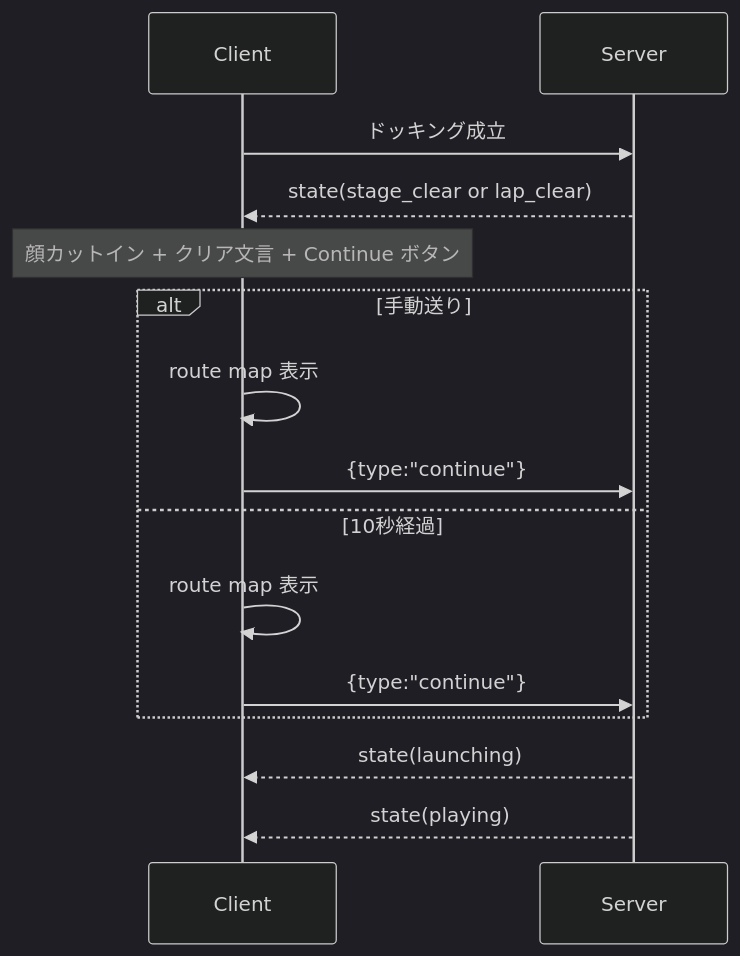
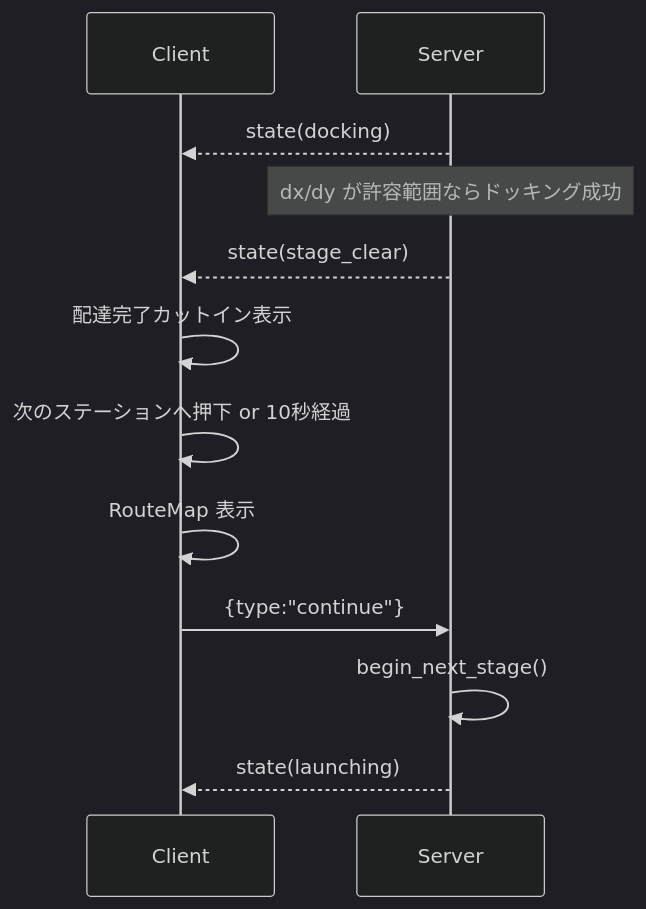
Before and after one commit to ssnshino/rust-sandbox: the second of 4 diagrams in docs/truckers.md, drawn with Mermaid (dark theme). The commit also changed other lines of this file and 7 other files, not shown here.

Commit message:
feat(truckers): add delivery economy and lap flow docs

````diff
--- a/docs/truckers.md
+++ b/docs/truckers.md
@@ -182,18 +191,15 @@
 ```mermaid
 sequenceDiagram
     participant C as Client
     participant S as Server
 
-    C->>S: ドッキング成立
-    S-->>C: state(stage_clear or lap_clear)
-    Note over C: 顔カットイン + クリア文言 + Continue ボタン
-    alt 手動送り
-        C->>C: route map 表示
-        C->>S: {type:"continue"}
-    else 10秒経過
-        C->>C: route map 表示
-        C->>S: {type:"continue"}
-    end
+    S-->>C: state(docking)
+    Note over S: dx/dy が許容範囲ならドッキング成功
+    S-->>C: state(stage_clear)
+    C->>C: 配達完了カットイン表示
+    C->>C: 次のステーションへ押下 or 10秒経過
+    C->>C: RouteMap 表示
+    C->>S: {type:"continue"}
+    S->>S: begin_next_stage()
     S-->>C: state(launching)
-    S-->>C: state(playing)
 ```
````
